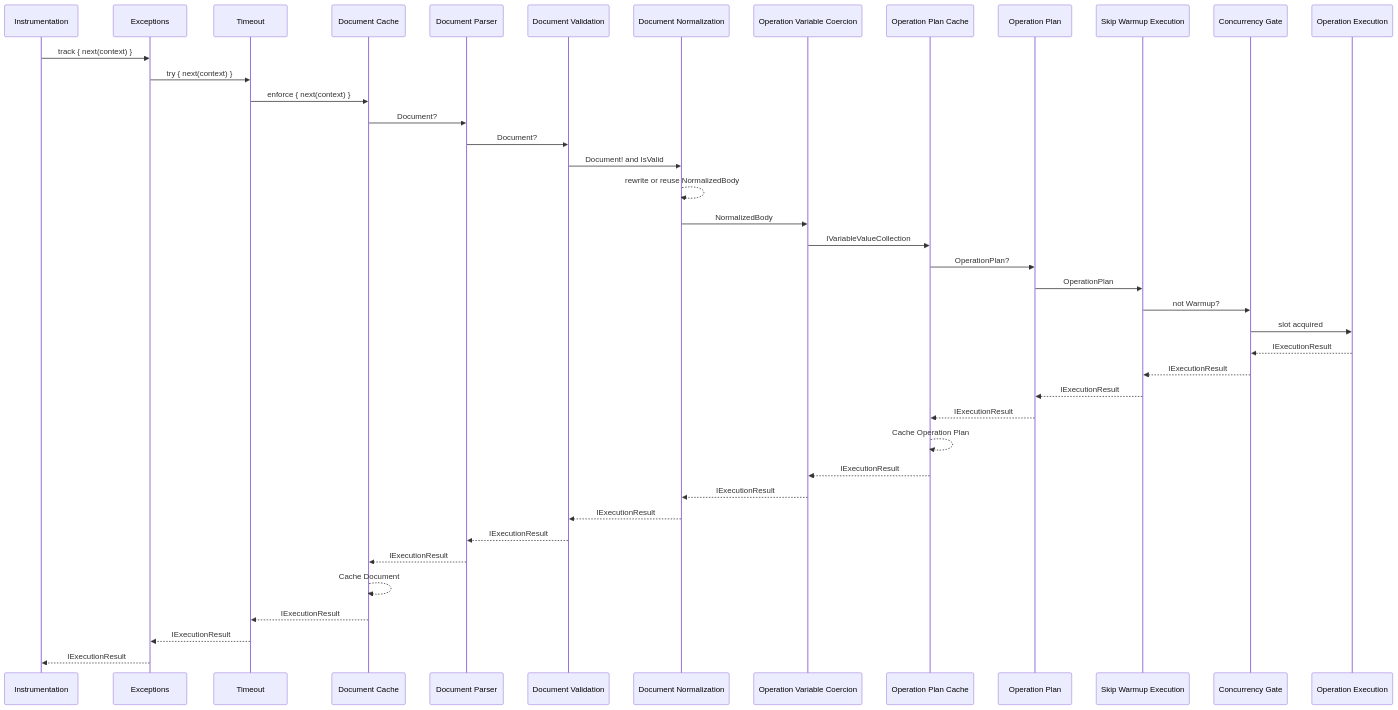
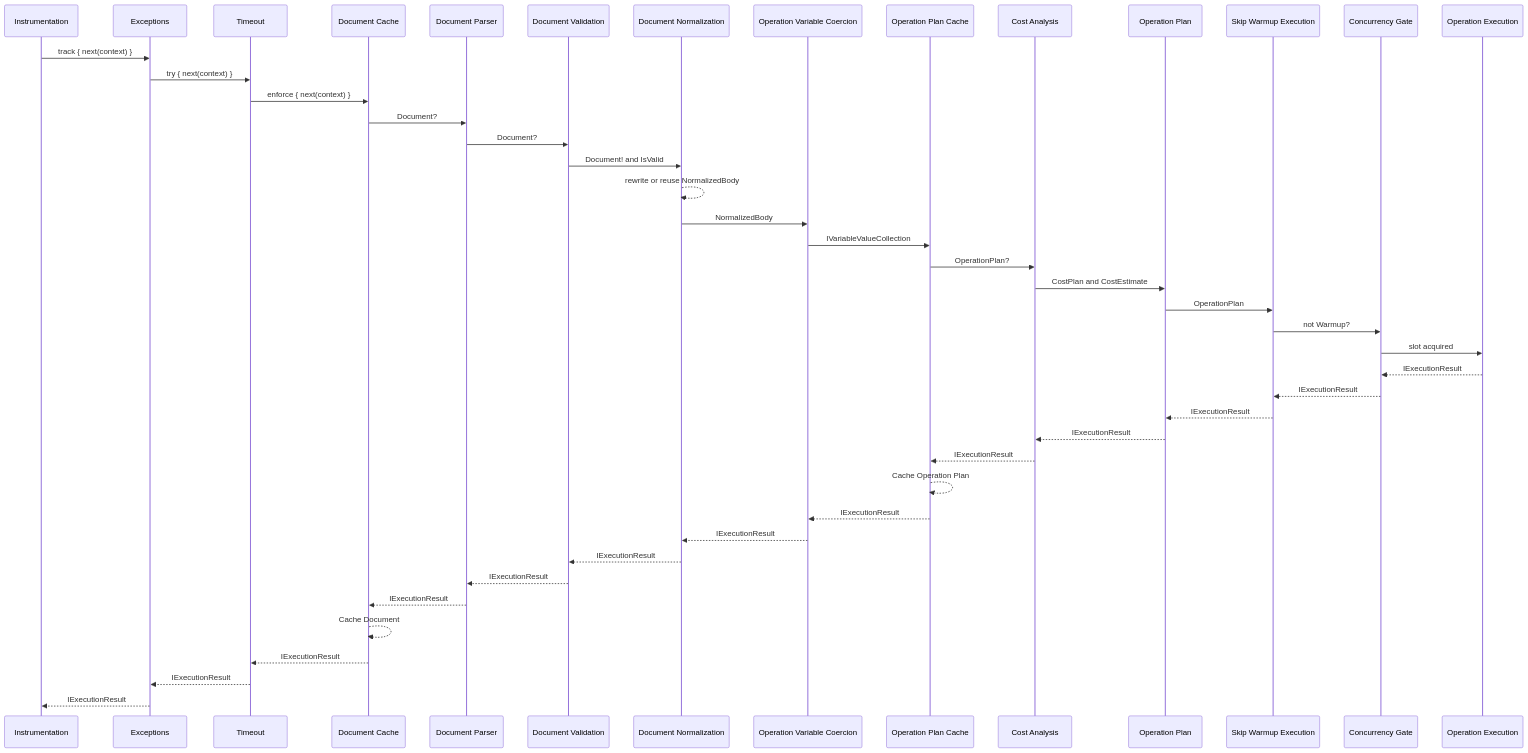
Before and after one commit to ChilliCream/graphql-platform: the first of 3 diagrams in src/HotChocolate/Fusion/src/Fusion.Execution/Execution/Pipeline/Pipelines.md, drawn with Mermaid. The commit also changed other lines of this file and 28 other files, not shown here.

Commit message:
Implement Fusion pre-plan cost enforcement

````diff
--- a/src/HotChocolate/Fusion/src/Fusion.Execution/Execution/Pipeline/Pipelines.md
+++ b/src/HotChocolate/Fusion/src/Fusion.Execution/Execution/Pipeline/Pipelines.md
@@ -12,31 +12,33 @@
 ```mermaid
 sequenceDiagram
     Instrumentation->>Exceptions: track { next(context) }
     Exceptions->>Timeout: try { next(context) }
     Timeout->>Document Cache: enforce { next(context) }
     Document Cache->>Document Parser: Document?
     Document Parser->>Document Validation: Document?
     Document Validation->>Document Normalization: Document! and IsValid
     Document Normalization-->>Document Normalization: rewrite or reuse NormalizedBody
     Document Normalization->>Operation Variable Coercion: NormalizedBody
     Operation Variable Coercion->>Operation Plan Cache: IVariableValueCollection
-    Operation Plan Cache->>Operation Plan: OperationPlan?
+    Operation Plan Cache->>Cost Analysis: OperationPlan?
+    Cost Analysis->>Operation Plan: CostPlan and CostEstimate
     Operation Plan->>Skip Warmup Execution: OperationPlan
     Skip Warmup Execution->>Concurrency Gate: not Warmup?
     Concurrency Gate->>Operation Execution: slot acquired
 
     Operation Execution-->>Concurrency Gate: IExecutionResult
     Concurrency Gate-->>Skip Warmup Execution: IExecutionResult
     Skip Warmup Execution-->>Operation Plan: IExecutionResult
-    Operation Plan-->>Operation Plan Cache: IExecutionResult
+    Operation Plan-->>Cost Analysis: IExecutionResult
+    Cost Analysis-->>Operation Plan Cache: IExecutionResult
     Operation Plan Cache-->>Operation Plan Cache: Cache Operation Plan
     Operation Plan Cache-->>Operation Variable Coercion: IExecutionResult
     Operation Variable Coercion-->>Document Normalization: IExecutionResult
     Document Normalization-->>Document Validation: IExecutionResult
     Document Validation-->>Document Parser: IExecutionResult
     Document Parser-->>Document Cache: IExecutionResult
     Document Cache-->>Document Cache: Cache Document
     Document Cache-->>Timeout: IExecutionResult
     Timeout-->>Exceptions: IExecutionResult
     Exceptions-->>Instrumentation: IExecutionResult
 ```
````
